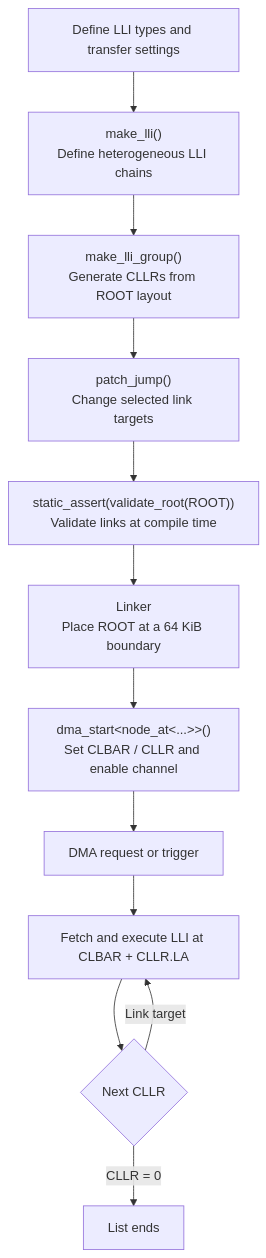
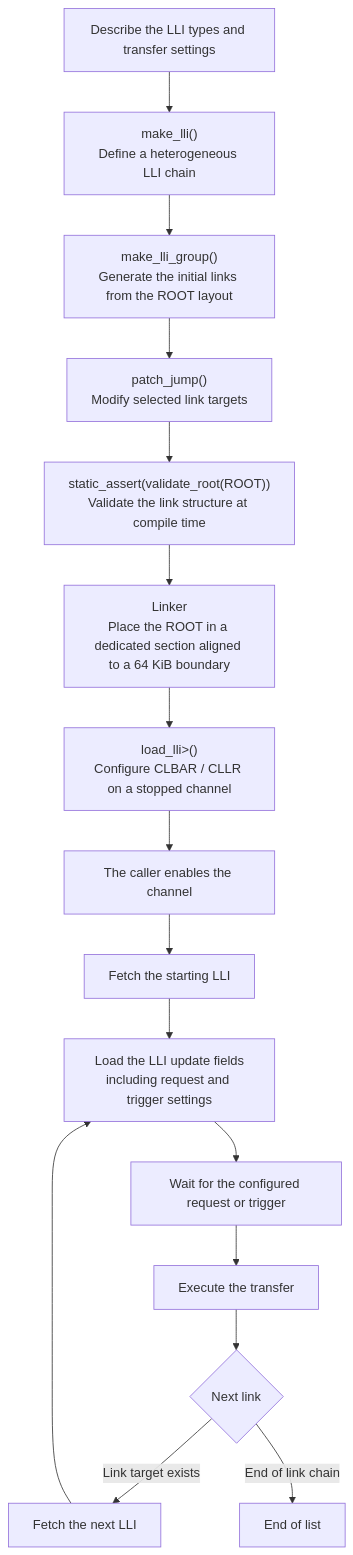
Before and after one commit to Kojima-Hiroki-asdfghjkl/stm32u5-gpdma-lli: the diagram in README.en.md, drawn with Mermaid. The commit also changed other lines of this file and 2 other files, not shown here.

````diff
--- a/README.en.md
+++ b/README.en.md
@@ -268,14 +279,20 @@
 ```mermaid
 flowchart TD
-    A["Define LLI types and transfer settings"] --> B["make_lli()<br/>Define heterogeneous LLI chains"]
-    B --> C["make_lli_group()<br/>Generate CLLRs from ROOT layout"]
-    C --> D["patch_jump()<br/>Change selected link targets"]
-    D --> E["static_assert(validate_root(ROOT))<br/>Validate links at compile time"]
-    E --> F["Linker<br/>Place ROOT at a 64 KiB boundary"]
-    F --> G["dma_start&lt;node_at&lt;...&gt;&gt;()<br/>Set CLBAR / CLLR and enable channel"]
-    G --> H["DMA request or trigger"]
-    H --> I["Fetch and execute LLI at CLBAR + CLLR.LA"]
-    I --> J{"Next CLLR"}
-    J -->|"Link target"| I
-    J -->|"CLLR = 0"| K["List ends"]
+    A["Describe the LLI types and transfer settings"] --> B["make_lli()<br/>Define a heterogeneous LLI chain"]
+    B --> C["make_lli_group()<br/>Generate the initial links from the ROOT layout"]
+    C --> D["patch_jump()<br/>Modify selected link targets"]
+    D --> E["static_assert(validate_root(ROOT))<br/>Validate the link structure at compile time"]
+    E --> F["Linker<br/>Place the ROOT in a dedicated section aligned to a 64 KiB boundary"]
+
+    F --> G["load_lli<node_at<...>>()<br/>Configure CLBAR / CLLR on a stopped channel"]
+    G --> H["The caller enables the channel"]
+
+    H --> I["Fetch the starting LLI"]
+    I --> J["Load the LLI update fields<br/>including request and trigger settings"]
+    J --> K["Wait for the configured request or trigger"]
+    K --> L["Execute the transfer"]
+    L --> M{"Next link"}
+    M -->|"Link target exists"| N["Fetch the next LLI"]
+    N --> J
+    M -->|"End of link chain"| O["End of list"]
 ```
````
